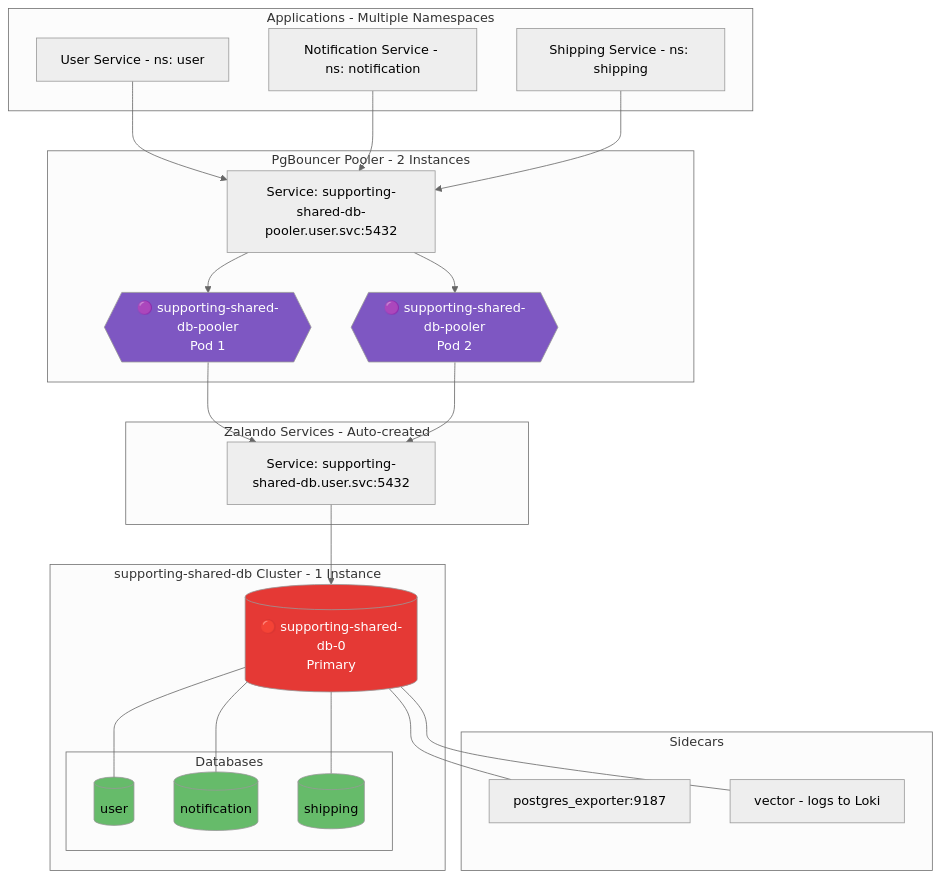
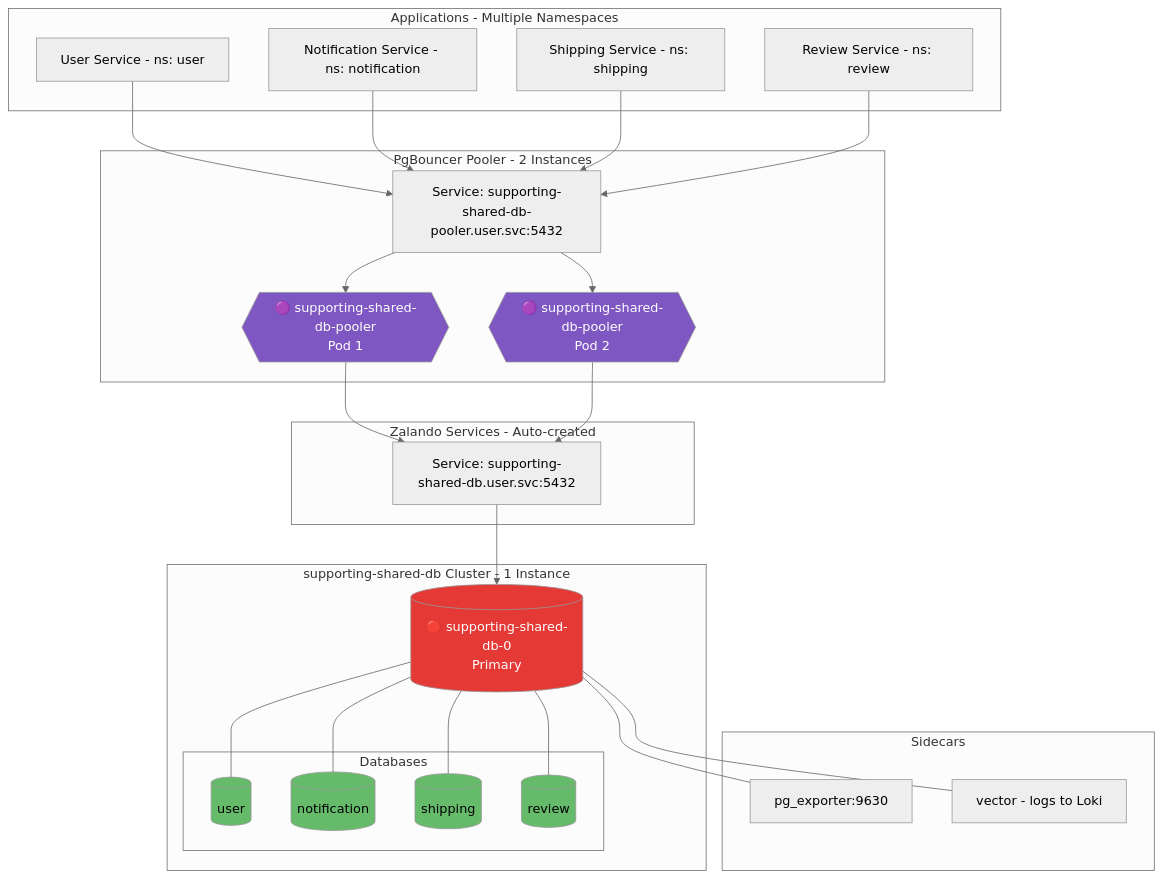
The diagram in kubernetes/infra/configs/databases/clusters/supporting-shared-db/README.md (duynhlab/homelab), drawn with Mermaid (neutral theme) before and after one commit. The commit also changed other lines of this file and 27 other files, not shown here.

````diff
--- a/kubernetes/infra/configs/databases/clusters/supporting-shared-db/README.md
+++ b/kubernetes/infra/configs/databases/clusters/supporting-shared-db/README.md
@@ -33,53 +38,58 @@
 ```mermaid
 flowchart TD
     subgraph Apps["Applications - Multiple Namespaces"]
         UserService["User Service - ns: user"]
         NotificationService["Notification Service - ns: notification"]
         ShippingService["Shipping Service - ns: shipping"]
+        ReviewService["Review Service - ns: review"]
     end
 
     subgraph Pooler["PgBouncer Pooler - 2 Instances"]
         PgBouncer1{{"🟣 supporting-shared-db-pooler<br/>Pod 1"}}
         PgBouncer2{{"🟣 supporting-shared-db-pooler<br/>Pod 2"}}
         PoolerSvc["Service: supporting-shared-db-pooler.user.svc:5432"]
     end
 
     subgraph ZalandoSvc["Zalando Services - Auto-created"]
         DirectSvc["Service: supporting-shared-db.user.svc:5432"]
     end
 
     subgraph Cluster["supporting-shared-db Cluster - 1 Instance"]
         Primary[("🔴 supporting-shared-db-0<br/>Primary")]
         subgraph Databases["Databases"]
             UserDB[("user")]
             NotificationDB[("notification")]
             ShippingDB[("shipping")]
+            ReviewDB[("review")]
         end
     end
     
     subgraph Sidecars["Sidecars"]
-        Exporter["postgres_exporter:9187"]
+        Exporter["pg_exporter:9630"]
         Vector["vector - logs to Loki"]
     end
 
     UserService --> PoolerSvc
     NotificationService --> PoolerSvc
     ShippingService --> PoolerSvc
+    ReviewService --> PoolerSvc
     PoolerSvc --> PgBouncer1
     PoolerSvc --> PgBouncer2
     PgBouncer1 --> DirectSvc
     PgBouncer2 --> DirectSvc
     DirectSvc --> Primary
     Primary --- UserDB
     Primary --- NotificationDB
     Primary --- ShippingDB
+    Primary --- ReviewDB
     Primary --- Exporter
     Primary --- Vector
     
     style Primary fill:#E53935,color:#fff
     style UserDB fill:#66BB6A
     style NotificationDB fill:#66BB6A
     style ShippingDB fill:#66BB6A
+    style ReviewDB fill:#66BB6A
     style PgBouncer1 fill:#7E57C2,color:#fff
     style PgBouncer2 fill:#7E57C2,color:#fff
 ```
````
